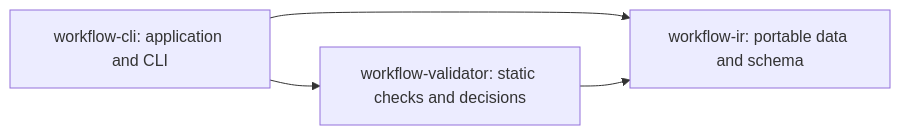
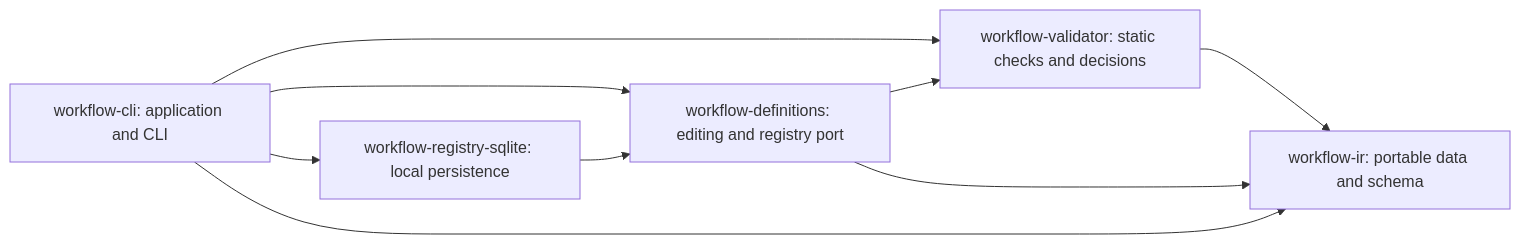
One commit to coolplayagent/workflow-cli changed the diagram in docs/roadmap.md. Above: the diagram before and after it, drawn with Mermaid. The commit also changed other lines of this file and 28 other files, not shown here.

Commit message:
feat(definitions): revisioned drafts and immutable local registry (#19)

````diff
--- a/docs/roadmap.md
+++ b/docs/roadmap.md
@@ -8,6 +8,11 @@
 ```mermaid
 flowchart LR
     CLI[workflow-cli: application and CLI] --> V[workflow-validator: static checks and decisions]
-    CLI --> IR[workflow-ir: portable data and schema]
+    CLI --> D[workflow-definitions: editing and registry port]
+    CLI --> S[workflow-registry-sqlite: local persistence]
+    S --> D
+    D --> V
+    D --> IR[workflow-ir: portable data and schema]
+    CLI --> IR
     V --> IR
 ```
````
